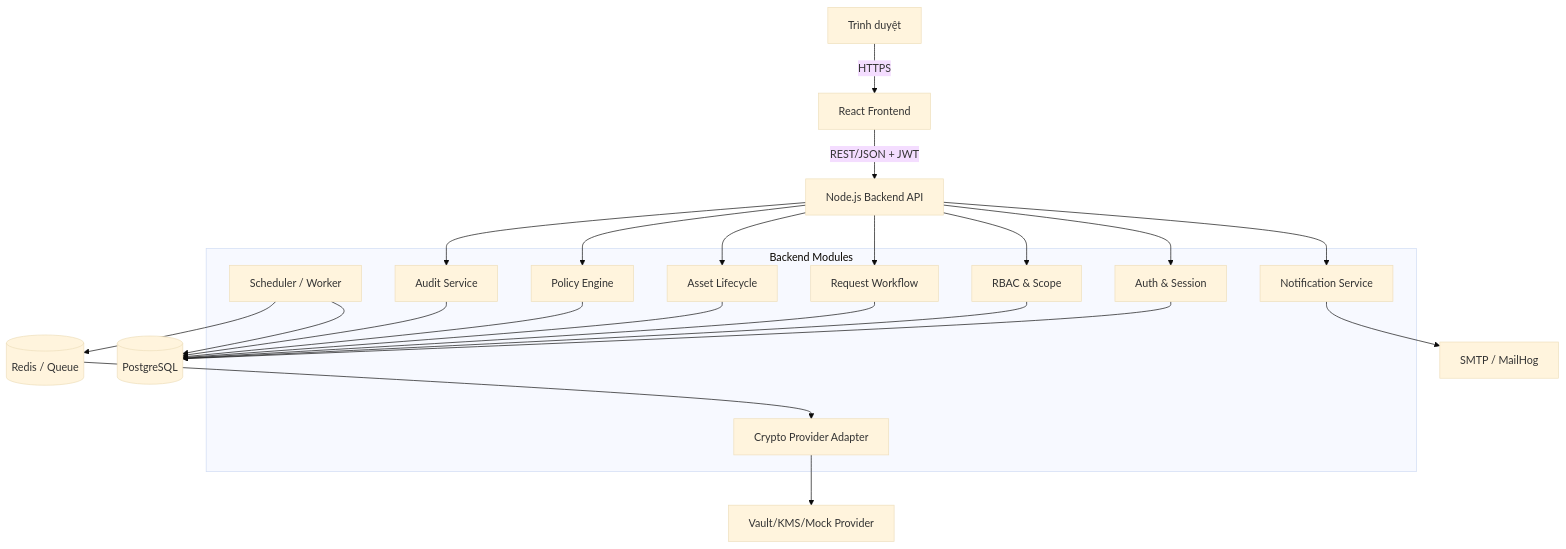
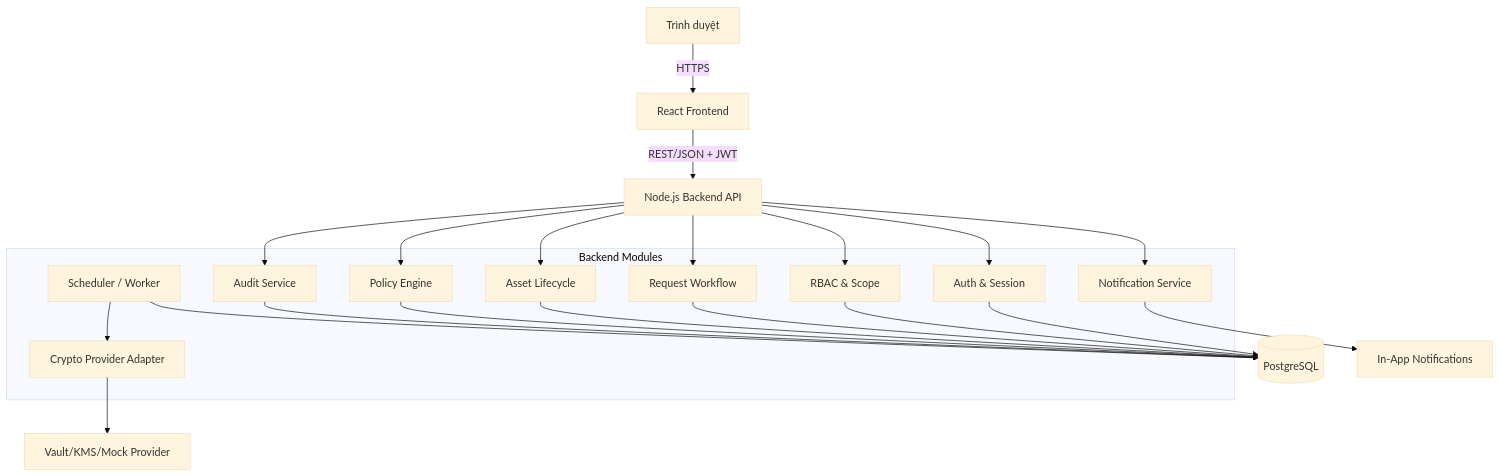
One commit to Eyblcat12/Cryta changed the fourth of 15 diagrams in implementation_plan.md. Above: the diagram before and after it, drawn with Mermaid (base theme). The commit also changed other lines of this file, not shown here.

````diff
--- a/implementation_plan.md
+++ b/implementation_plan.md
@@ -354,37 +495,36 @@
 ```mermaid
 flowchart TB
     B["Trình duyệt"] -->|"HTTPS"| FE["React Frontend"]
     FE -->|"REST/JSON + JWT"| API["Node.js Backend API"]
 
     subgraph Backend["Backend Modules"]
         AUTH["Auth & Session"]
         IAM["RBAC & Scope"]
         REQ["Request Workflow"]
         ASSET["Asset Lifecycle"]
         POLICY["Policy Engine"]
         AUDIT["Audit Service"]
         NOTI["Notification Service"]
         JOB["Scheduler / Worker"]
         PROVIDER["Crypto Provider Adapter"]
     end
 
     API --> AUTH
     API --> IAM
     API --> REQ
     API --> ASSET
     API --> POLICY
     API --> AUDIT
     API --> NOTI
 
     AUTH --> DB[("PostgreSQL")]
     IAM --> DB
     REQ --> DB
     ASSET --> DB
     POLICY --> DB
     AUDIT --> DB
     JOB --> DB
-    JOB --> REDIS[("Redis / Queue")]
-    REDIS --> PROVIDER
+    JOB --> PROVIDER
     PROVIDER --> VAULT["Vault/KMS/Mock Provider"]
-    NOTI --> MAIL["SMTP / MailHog"]
+    NOTI --> BELL["In-App Notifications"]
 ```
````
